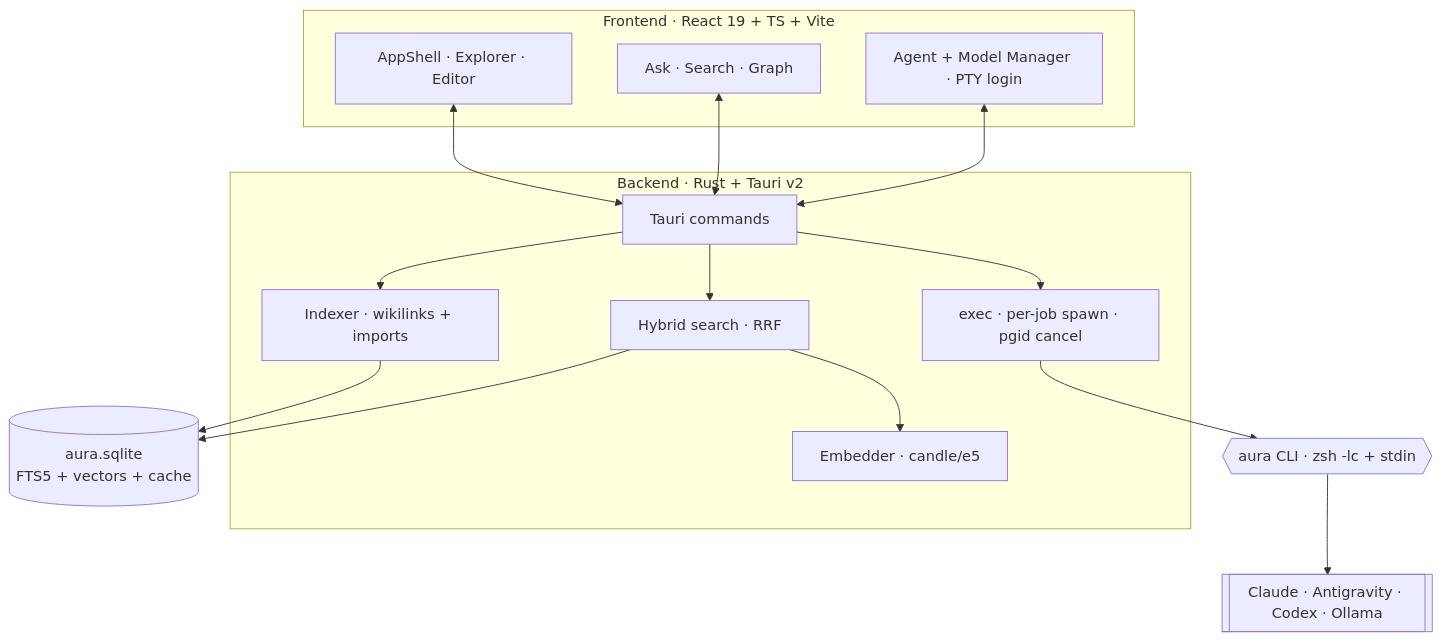
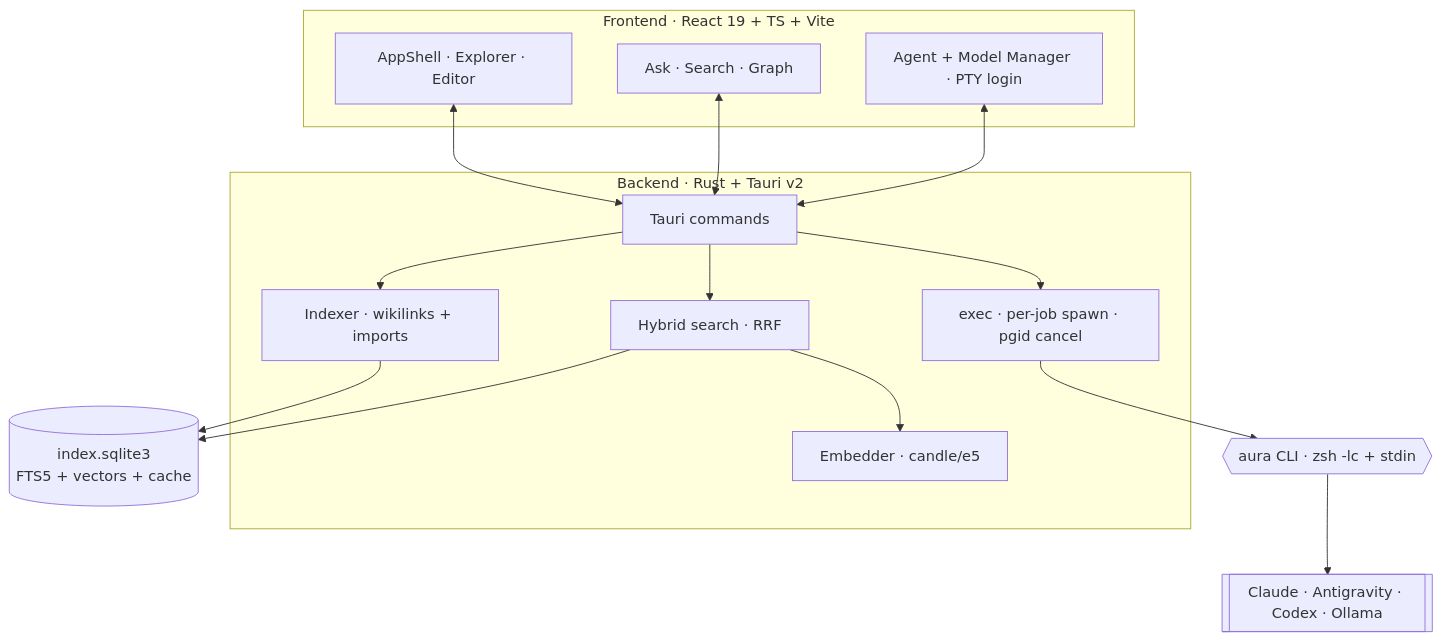
One commit to cleoanka/aura-app changed the third of 3 diagrams in README.md. Above: the diagram before and after it, drawn with Mermaid. The commit also changed other lines of this file and 2 other files, not shown here.

Commit message:
docs: DB dosya adı index.sqlite3 (kodla hizala; aura.sqlite değil)

````diff
--- a/README.md
+++ b/README.md
@@ -180,26 +180,26 @@
 ```mermaid
 flowchart TB
     subgraph FE["Frontend · React 19 + TS + Vite"]
         UI[AppShell · Explorer · Editor]
         ASK[Ask · Search · Graph]
         AM[Agent + Model Manager · PTY login]
     end
     subgraph BE["Backend · Rust + Tauri v2"]
         CMD[Tauri commands]
         IDX[Indexer · wikilinks + imports]
         SR[Hybrid search · RRF]
         EMB[Embedder · candle/e5]
         EX[exec · per-job spawn · pgid cancel]
     end
-    DB[(aura.sqlite<br/>FTS5 + vectors + cache)]
+    DB[(index.sqlite3<br/>FTS5 + vectors + cache)]
     CLI{{aura CLI · zsh -lc + stdin}}
     AGENTS[[Claude · Antigravity · Codex · Ollama]]
 
     UI <--> CMD
     ASK <--> CMD
     AM <--> CMD
     CMD --> IDX --> DB
     CMD --> SR --> DB
     SR --> EMB
     CMD --> EX --> CLI --> AGENTS
 ```
````
